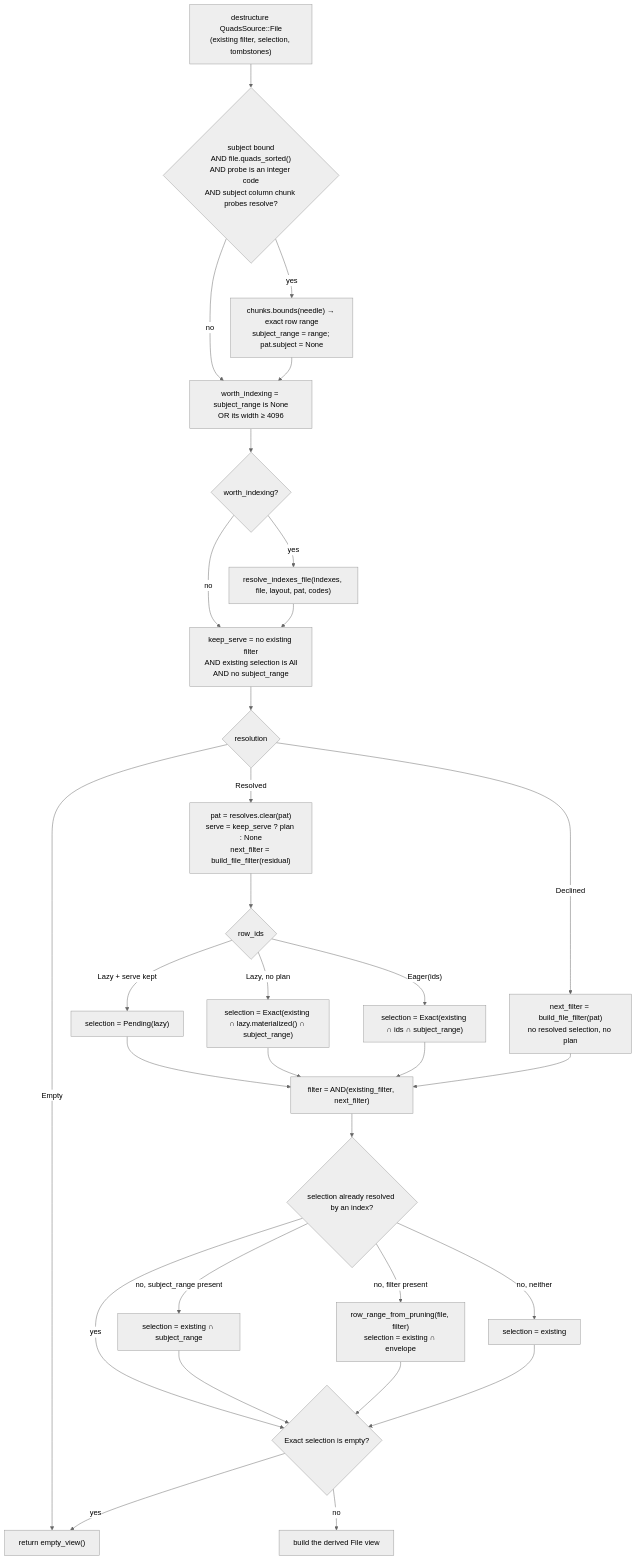
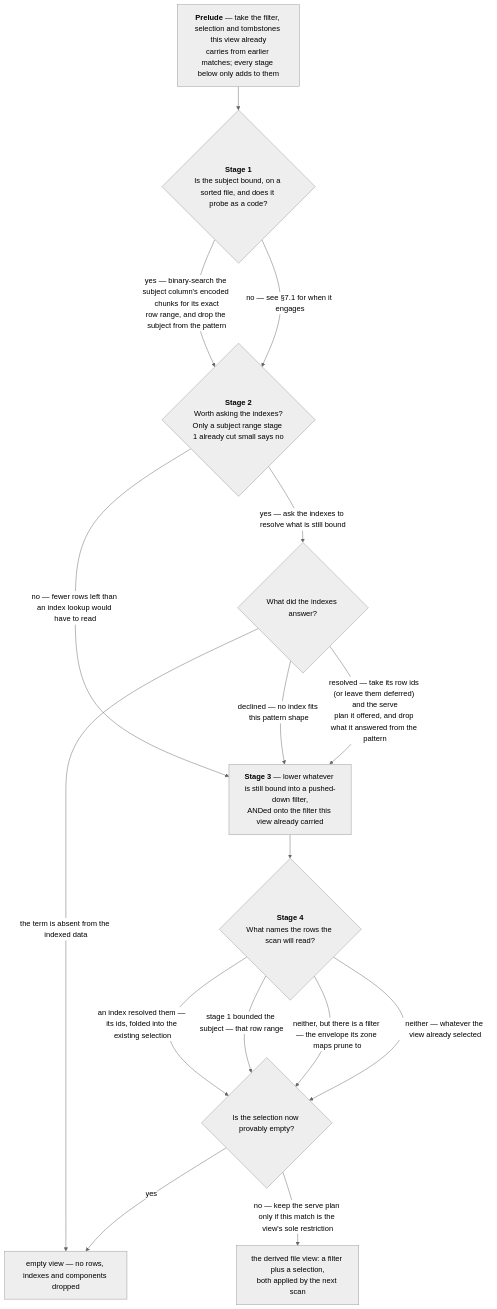
Before and after one commit to julianrojas87/vortex-rdf: the fourth of 5 diagrams in docs/matching.md, drawn with Mermaid (neutral theme). The commit also changed other lines of this file, not shown here.

First line of the commit message:
docs(matching): give the file path the same stage-level diagram

````diff
--- a/docs/matching.md
+++ b/docs/matching.md
@@ -326,43 +342,31 @@
 ```mermaid
 flowchart TD
-    F0["destructure QuadsSource::File<br/>(existing filter, selection, tombstones)"] --> F1
+    F0["<b>Prelude</b> — take the filter, selection and tombstones this view already<br/>carries from earlier matches; every stage below only adds to them"] --> F1
 
-    F1{"subject bound<br/>AND file.quads_sorted()<br/>AND probe is an integer code<br/>AND subject column chunk probes resolve?"}
-    F1 -- yes --> F1a["chunks.bounds(needle) → exact row range<br/>subject_range = range; pat.subject = None"]
-    F1 -- no --> F2
-    F1a --> F2
+    F1{"<b>Stage 1</b><br/>Is the subject bound, on a sorted file, and does it probe as a code?"}
+    F1 -- "yes — binary-search the subject column's encoded chunks for its exact<br/>row range, and drop the subject from the pattern" --> F2
+    F1 -- "no — see §7.1 for when it engages" --> F2
 
-    F2["worth_indexing = subject_range is None<br/>OR its width ≥ 4096"] --> F3
-    F3{"worth_indexing?"}
-    F3 -- no --> F4["resolution = Declined"]
-    F3 -- yes --> F3a["resolve_indexes_file(indexes, file, layout, pat, codes)"]
-    F3a --> F4
+    F2{"<b>Stage 2</b><br/>Worth asking the indexes?<br/>Only a subject range stage 1 already cut small says no"}
+    F2 -- "no — fewer rows left than an index lookup would have to read" --> F3
+    F2 -- "yes — ask the indexes to resolve what is still bound" --> F2r
 
-    F4["keep_serve = no existing filter<br/>AND existing selection is All<br/>AND no subject_range"] --> F5
-    F5{"resolution"}
-    F5 -- "Empty" --> X["return empty_view()"]
-    F5 -- "Resolved" --> F5a["pat = resolves.clear(pat)<br/>serve = keep_serve ? plan : None<br/>next_filter = build_file_filter(residual)"]
-    F5a --> F5b{"row_ids"}
-    F5b -- "Lazy + serve kept" --> F5c["selection = Pending(lazy)"]
-    F5b -- "Lazy, no plan" --> F5d["selection = Exact(existing ∩ lazy.materialized() ∩ subject_range)"]
-    F5b -- "Eager(ids)" --> F5e["selection = Exact(existing ∩ ids ∩ subject_range)"]
-    F5 -- "Declined" --> F6["next_filter = build_file_filter(pat)<br/>no resolved selection, no plan"]
+    F2r{"What did the indexes answer?"}
+    F2r -- "the term is absent from the indexed data" --> X
+    F2r -- "declined — no index fits this pattern shape" --> F3
+    F2r -- "resolved — take its row ids (or leave them deferred) and the serve<br/>plan it offered, and drop what it answered from the pattern" --> F3
 
-    F5c --> F7
-    F5d --> F7
-    F5e --> F7
-    F6 --> F7
+    F3["<b>Stage 3</b> — lower whatever is still bound into a pushed-down filter,<br/>ANDed onto the filter this view already carried"] --> F4
 
-    F7["filter = AND(existing_filter, next_filter)"] --> F8
-    F8{"selection already resolved by an index?"}
-    F8 -- yes --> F10
-    F8 -- "no, subject_range present" --> F9a["selection = existing ∩ subject_range"]
-    F8 -- "no, filter present" --> F9b["row_range_from_pruning(file, filter)<br/>selection = existing ∩ envelope"]
-    F8 -- "no, neither" --> F9c["selection = existing"]
-    F9a --> F10
-    F9b --> F10
-    F9c --> F10
+    F4{"<b>Stage 4</b><br/>What names the rows the scan will read?"}
+    F4 -- "an index resolved them — its ids, folded into the existing selection" --> F5
+    F4 -- "stage 1 bounded the subject — that row range" --> F5
+    F4 -- "neither, but there is a filter — the envelope its zone maps prune to" --> F5
+    F4 -- "neither — whatever the view already selected" --> F5
 
-    F10{"Exact selection is empty?"} -- yes --> X
-    F10 -- no --> F11["build the derived File view"]
+    F5{"Is the selection now provably empty?"}
+    F5 -- yes --> X
+    F5 -- "no — keep the serve plan only if this match is the view's sole restriction" --> F6["the derived file view: a filter plus a selection,<br/>both applied by the next scan"]
+
+    X["empty view — no rows, indexes and components dropped"]
 ```
````
